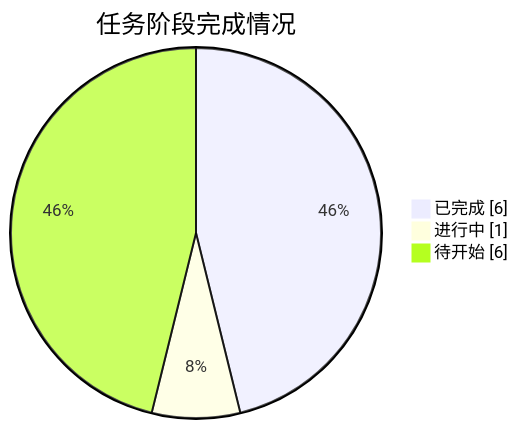
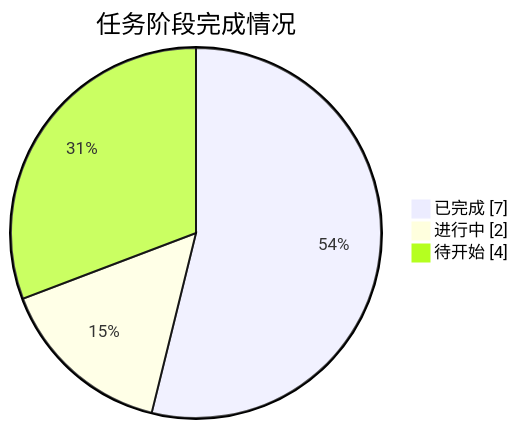
One commit to J-met77/AAW-mathorcup-2025-B-1 changed the diagram in README.md. Above: the diagram before and after it, drawn with Mermaid. The commit also changed other lines of this file and 19 other files, not shown here.

````diff
--- a/README.md
+++ b/README.md
@@ -27,7 +27,7 @@
 ```mermaid
 pie showData
     title 任务阶段完成情况
-    "已完成" : 6
-    "进行中" : 1
-    "待开始" : 6
+    "已完成" : 7
+    "进行中" : 2
+    "待开始" : 4
 ```
````
